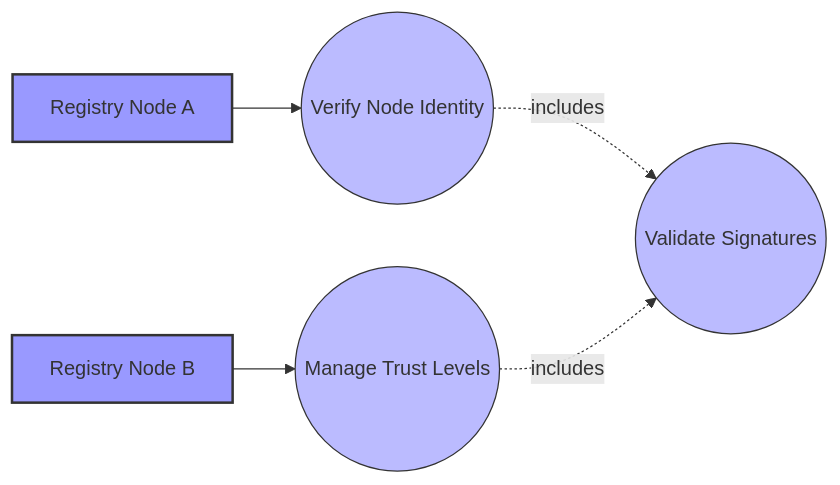
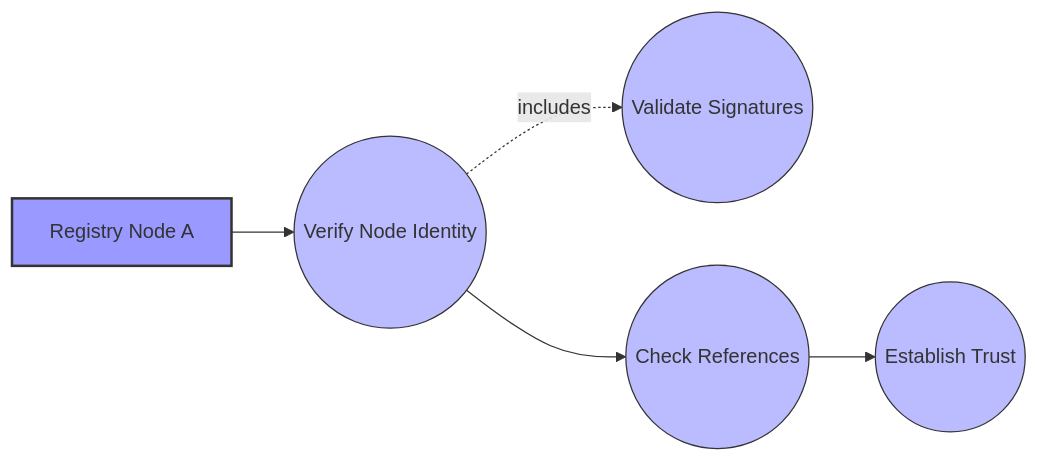
Diagram 15 of 16 in use-cases.md (o2alexanderfedin/decentralized-mcp-registry), drawn with Mermaid before and after one commit. The commit also changed other lines of this file, not shown here.

Commit message:
Update use cases with comprehensive diagrams

````diff
--- a/use-cases.md
+++ b/use-cases.md
@@ -232,13 +370,13 @@
 ```mermaid
 graph LR
     N1[Registry Node A] --> UC1((Verify Node Identity))
-    N2[Registry Node B] --> UC2((Manage Trust Levels))
-    UC1 -.includes.-> UC3((Validate Signatures))
-    UC2 -.includes.-> UC3
+    UC1 -.includes.-> UC2((Validate Signatures))
+    UC1 --> UC3((Check References))
+    UC3 --> UC4((Establish Trust))
     
     style N1 fill:#99f,stroke:#333,stroke-width:2px
-    style N2 fill:#99f,stroke:#333,stroke-width:2px
     style UC1 fill:#bbf,stroke:#333,stroke-width:1px
     style UC2 fill:#bbf,stroke:#333,stroke-width:1px
     style UC3 fill:#bbf,stroke:#333,stroke-width:1px
+    style UC4 fill:#bbf,stroke:#333,stroke-width:1px
 ```
````
